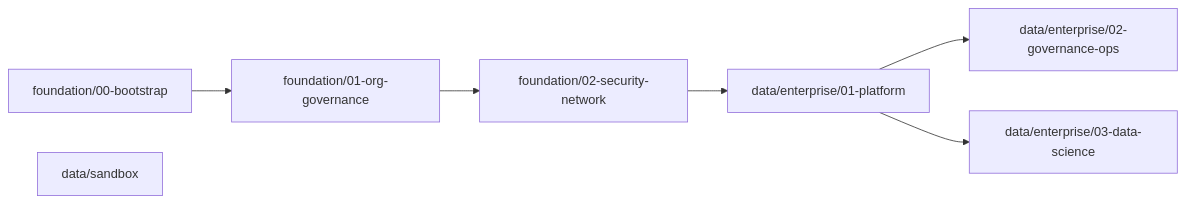
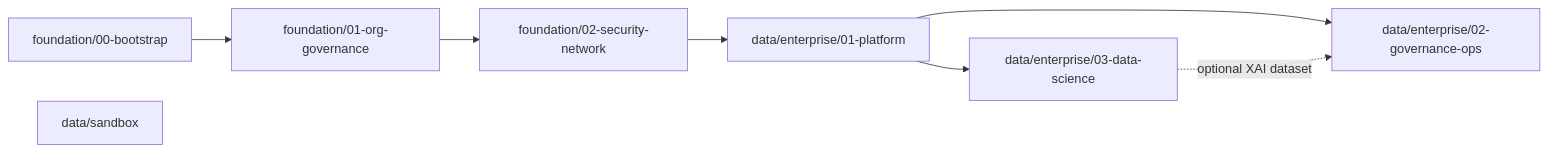
One commit to choo737/gcp-foundation changed the diagram in README.md. Above: the diagram before and after it, drawn with Mermaid. The commit also changed other lines of this file and 4 other files, not shown here.

````diff
--- a/README.md
+++ b/README.md
@@ -34,9 +34,10 @@
 ```mermaid
 flowchart LR
     S0["foundation/00-bootstrap"] --> S1["foundation/01-org-governance"]
     S1 --> S2["foundation/02-security-network"]
     S2 --> D1["data/enterprise/01-platform"]
+    D1 --> D3["data/enterprise/03-data-science"]
     D1 --> D2["data/enterprise/02-governance-ops"]
-    D1 --> D3["data/enterprise/03-data-science"]
+    D3 -. "optional XAI dataset" .-> D2
     SB["data/sandbox"]
 ```
````
